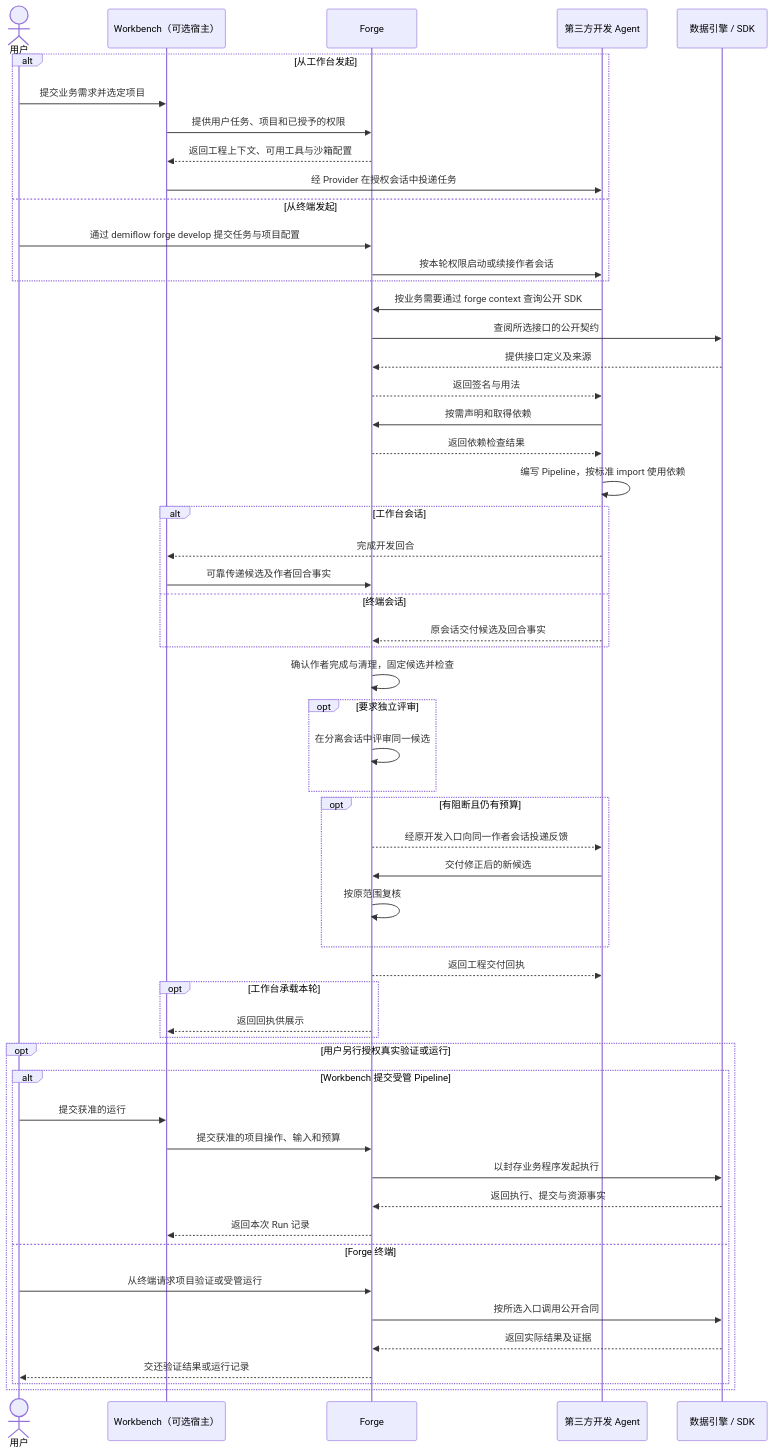
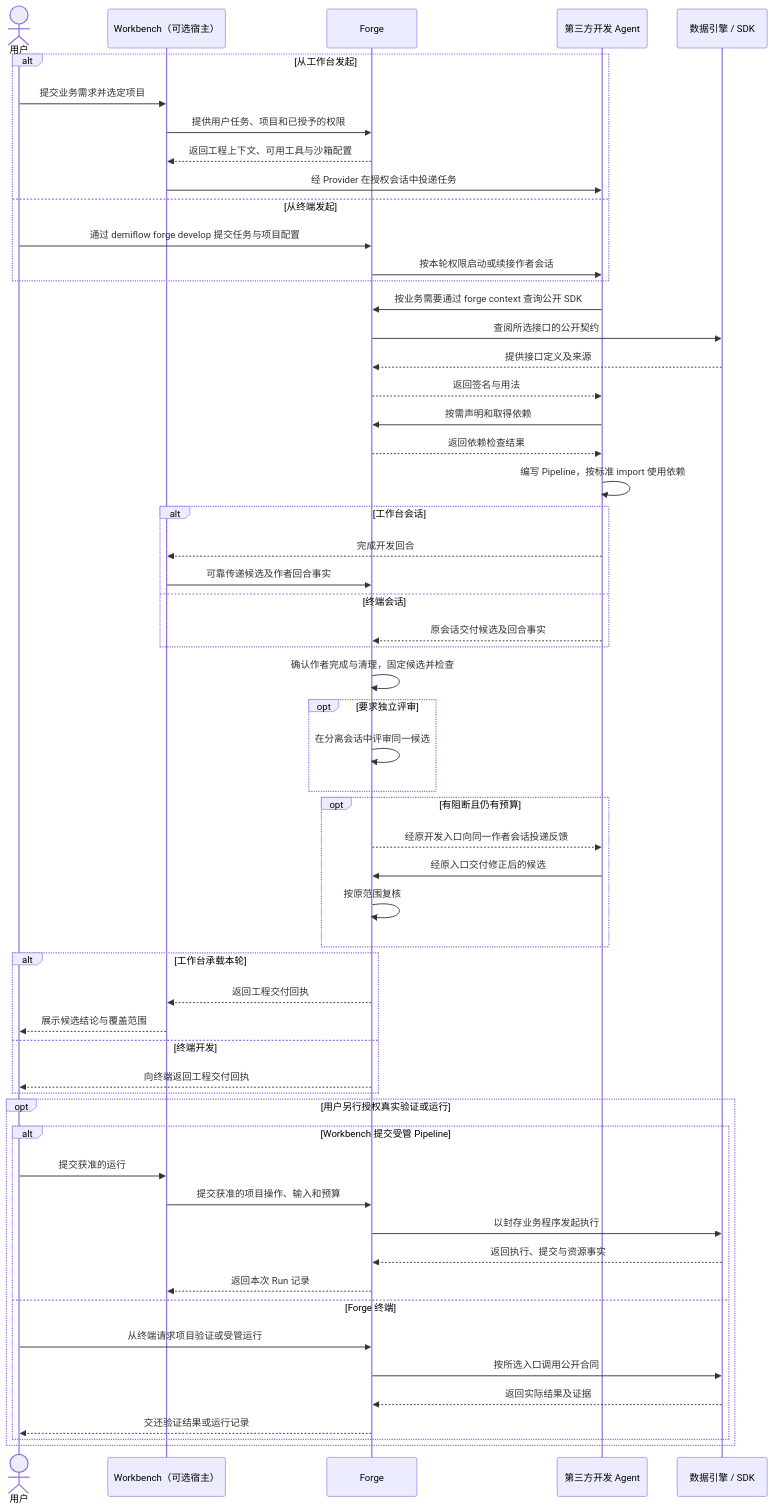
One commit to vincent9299/demiflow changed the second of 14 diagrams in docs/demiflow-architecture.md. Above: the diagram before and after it, drawn with Mermaid. The commit also changed other lines of this file, not shown here.

Commit message:
Deliver the Forge receipt to the caller and show SDK discovery

````diff
--- a/docs/demiflow-architecture.md
+++ b/docs/demiflow-architecture.md
@@ -53,57 +53,59 @@
 ```mermaid
 sequenceDiagram
     actor U as 用户
     participant W as Workbench（可选宿主）
     participant F as Forge
     participant A as 第三方开发 Agent
     participant E as 数据引擎 / SDK
     alt 从工作台发起
         U->>W: 提交业务需求并选定项目
         W->>F: 提供用户任务、项目和已授予的权限
         F-->>W: 返回工程上下文、可用工具与沙箱配置
         W->>A: 经 Provider 在授权会话中投递任务
     else 从终端发起
         U->>F: 通过 demiflow forge develop 提交任务与项目配置
         F->>A: 按本轮权限启动或续接作者会话
     end
     A->>F: 按业务需要通过 forge context 查询公开 SDK
     F->>E: 查阅所选接口的公开契约
     E-->>F: 提供接口定义及来源
     F-->>A: 返回签名与用法
     A->>F: 按需声明和取得依赖
     F-->>A: 返回依赖检查结果
     A->>A: 编写 Pipeline，按标准 import 使用依赖
     alt 工作台会话
         A-->>W: 完成开发回合
         W->>F: 可靠传递候选及作者回合事实
     else 终端会话
         A-->>F: 原会话交付候选及回合事实
     end
     F->>F: 确认作者完成与清理，固定候选并检查
     opt 要求独立评审
         F->>F: 在分离会话中评审同一候选
     end
     opt 有阻断且仍有预算
         F-->>A: 经原开发入口向同一作者会话投递反馈
-        A->>F: 交付修正后的新候选
+        A->>F: 经原入口交付修正后的候选
         F->>F: 按原范围复核
     end
-    F-->>A: 返回工程交付回执
-    opt 工作台承载本轮
-        F-->>W: 返回回执供展示
+    alt 工作台承载本轮
+        F-->>W: 返回工程交付回执
+        W-->>U: 展示候选结论与覆盖范围
+    else 终端开发
+        F-->>U: 向终端返回工程交付回执
     end
     opt 用户另行授权真实验证或运行
         alt Workbench 提交受管 Pipeline
             U->>W: 提交获准的运行
             W->>F: 提交获准的项目操作、输入和预算
             F->>E: 以封存业务程序发起执行
             E-->>F: 返回执行、提交与资源事实
             F-->>W: 返回本次 Run 记录
         else Forge 终端
             U->>F: 从终端请求项目验证或受管运行
             F->>E: 按所选入口调用公开合同
             E-->>F: 返回实际结果及证据
             F-->>U: 交还验证结果或运行记录
         end
     end
 ```
````
